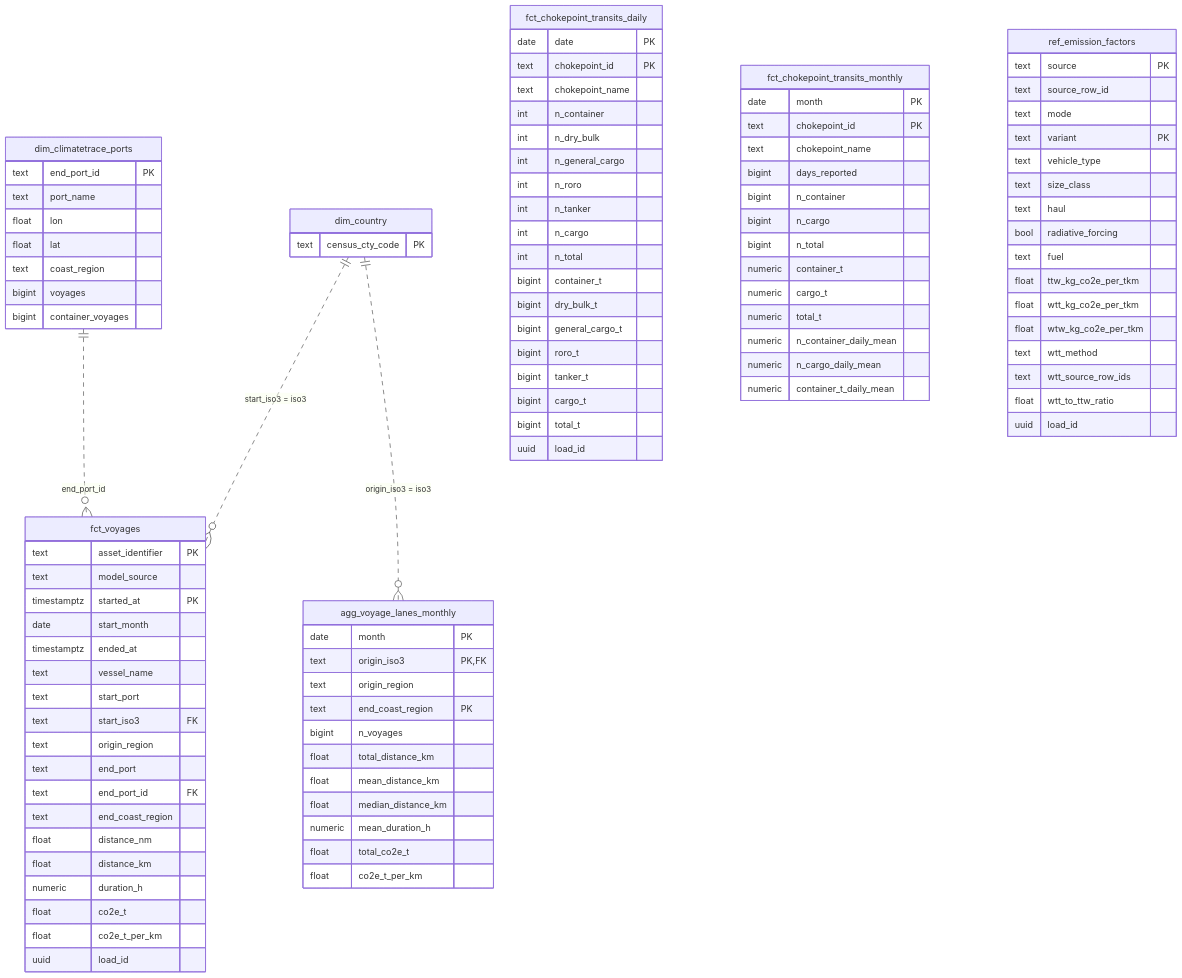
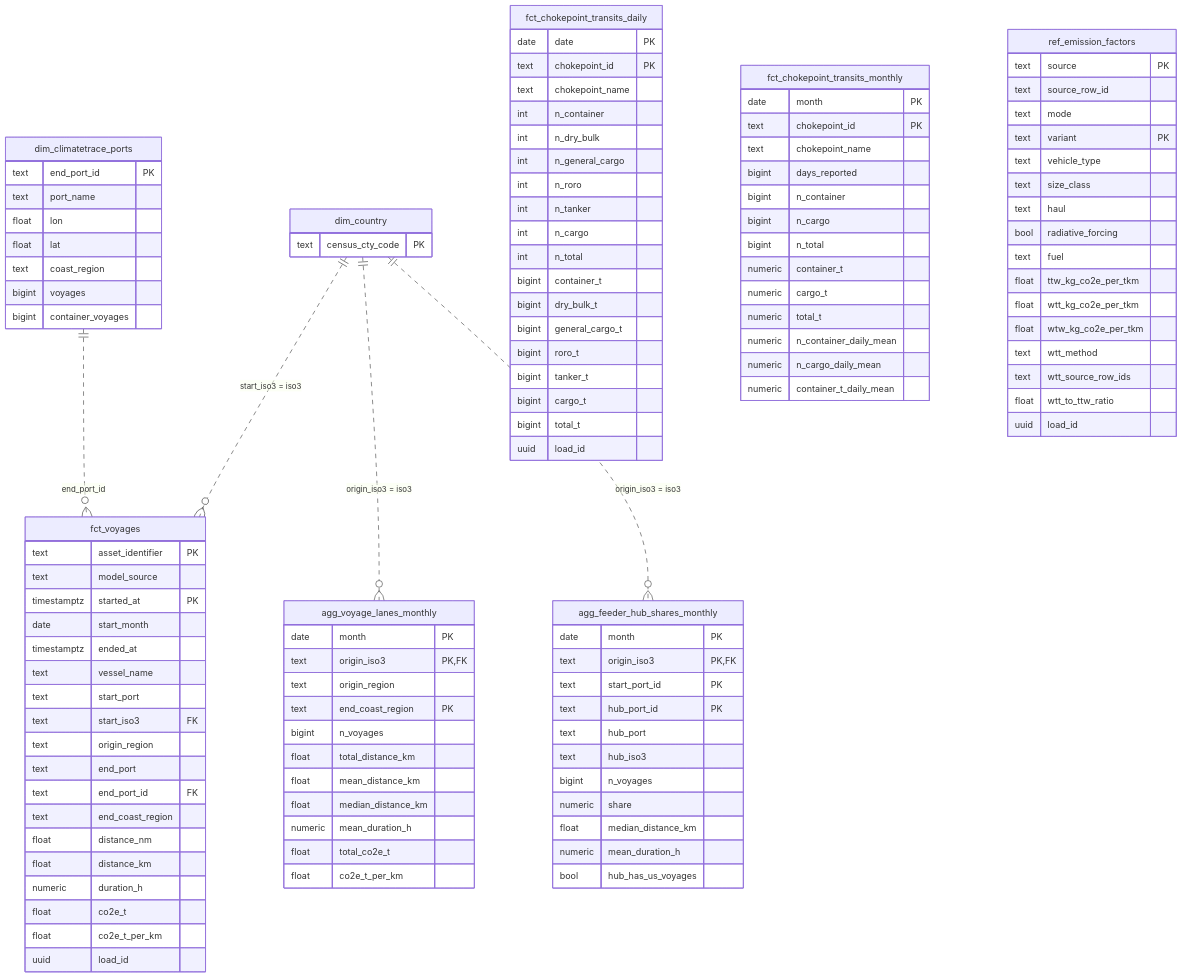
The second of 5 diagrams in docs/core-schema.md (mollyegibson/shockt-climate), drawn with Mermaid before and after one commit. The commit also changed other lines of this file and 9 other files, not shown here.

````diff
--- a/docs/core-schema.md
+++ b/docs/core-schema.md
@@ -219,6 +219,19 @@
     numeric mean_duration_h
     float total_co2e_t
     float co2e_t_per_km
+  }
+  agg_feeder_hub_shares_monthly {
+    date month PK
+    text origin_iso3 PK, FK
+    text start_port_id PK
+    text hub_port_id PK
+    text hub_port
+    text hub_iso3
+    bigint n_voyages
+    numeric share
+    float median_distance_km
+    numeric mean_duration_h
+    bool hub_has_us_voyages
   }
   fct_chokepoint_transits_daily {
     date date PK
@@ -276,4 +289,5 @@
   dim_climatetrace_ports ||..o{ fct_voyages : "end_port_id"
   dim_country ||..o{ fct_voyages : "start_iso3 = iso3"
   dim_country ||..o{ agg_voyage_lanes_monthly : "origin_iso3 = iso3"
+  dim_country ||..o{ agg_feeder_hub_shares_monthly : "origin_iso3 = iso3"
 ```
````
